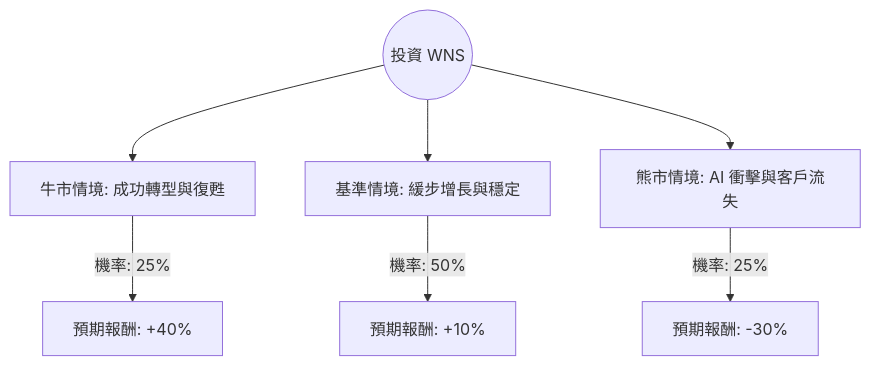
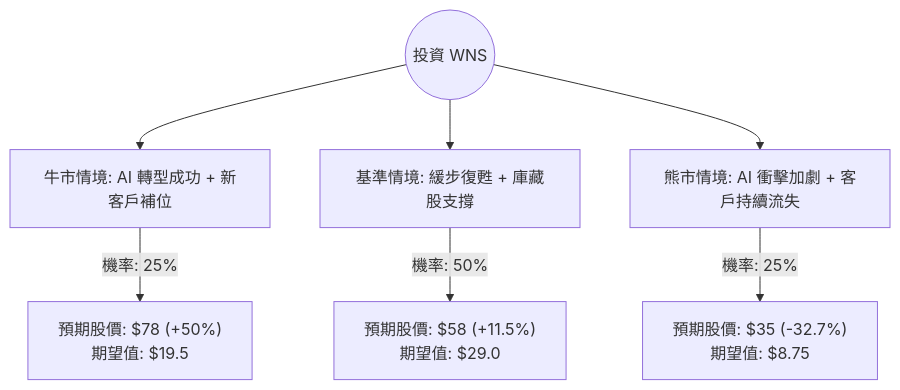
Before and after one commit to zmcx16/zmcx16.github.io: the diagram in plugin-react/ai-analysis/ev-analysis/WNS.md, drawn with Mermaid. The commit also changed other lines of this file and 75 other files, not shown here.

````diff
--- a/plugin-react/ai-analysis/ev-analysis/WNS.md
+++ b/plugin-react/ai-analysis/ev-analysis/WNS.md
@@ -21,10 +22,10 @@
 ```mermaid
 graph TD
-    Start((投資 WNS)) --> Bull[牛市情境: 成功轉型與復甦]
-    Start --> Base[基準情境: 緩步增長與穩定]
-    Start --> Bear[熊市情境: AI 衝擊與客戶流失]
+    Start((投資 WNS)) --> Bull[牛市情境: AI 轉型成功 + 新客戶補位]
+    Start --> Base[基準情境: 緩步復甦 + 庫藏股支撐]
+    Start --> Bear[熊市情境: AI 衝擊加劇 + 客戶持續流失]
 
-    Bull -- "機率: 25%" --> BullVal["預期報酬: +40%"]
-    Base -- "機率: 50%" --> BaseVal["預期報酬: +10%"]
-    Bear -- "機率: 25%" --> BearVal["預期報酬: -30%"]
+    Bull -- "機率: 25%" --> BullVal["預期股價: $78 (+50%) <br> 期望值: $19.5"]
+    Base -- "機率: 50%" --> BaseVal["預期股價: $58 (+11.5%) <br> 期望值: $29.0"]
+    Bear -- "機率: 25%" --> BearVal["預期股價: $35 (-32.7%) <br> 期望值: $8.75"]
 ```
````
